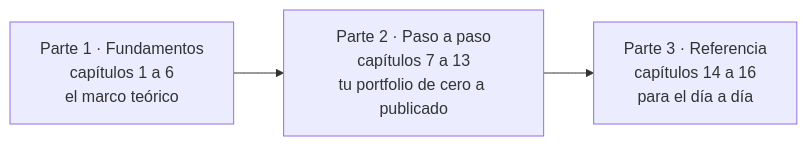
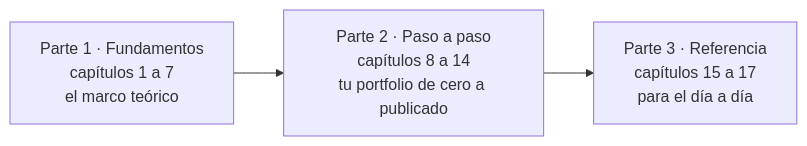
Before and after one commit to patricioprp/portfolio: the first of 2 diagrams in docs/guia-ia/README.md, drawn with Mermaid. The commit also changed other lines of this file and 118 other files, not shown here.

````diff
--- a/docs/guia-ia/README.md
+++ b/docs/guia-ia/README.md
@@ -20,6 +20,6 @@
 ```mermaid
 flowchart LR
     accTitle: Las tres partes de la guía: fundamentos, paso a paso y referencia
-    F["Parte 1 · Fundamentos<br/>capítulos 1 a 6<br/>el marco teórico"] --> T["Parte 2 · Paso a paso<br/>capítulos 7 a 13<br/>tu portfolio de cero a publicado"]
-    T --> R["Parte 3 · Referencia<br/>capítulos 14 a 16<br/>para el día a día"]
+    F["Parte 1 · Fundamentos<br/>capítulos 1 a 7<br/>el marco teórico"] --> T["Parte 2 · Paso a paso<br/>capítulos 8 a 14<br/>tu portfolio de cero a publicado"]
+    T --> R["Parte 3 · Referencia<br/>capítulos 15 a 17<br/>para el día a día"]
 ```
````
